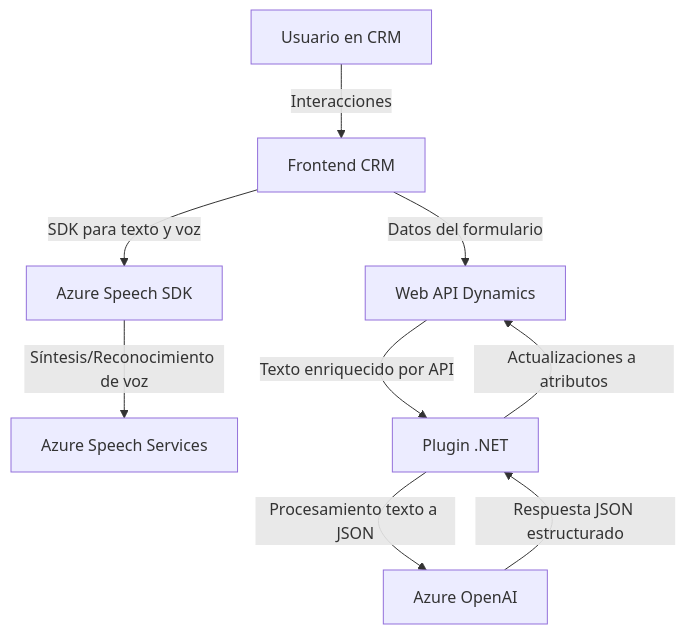
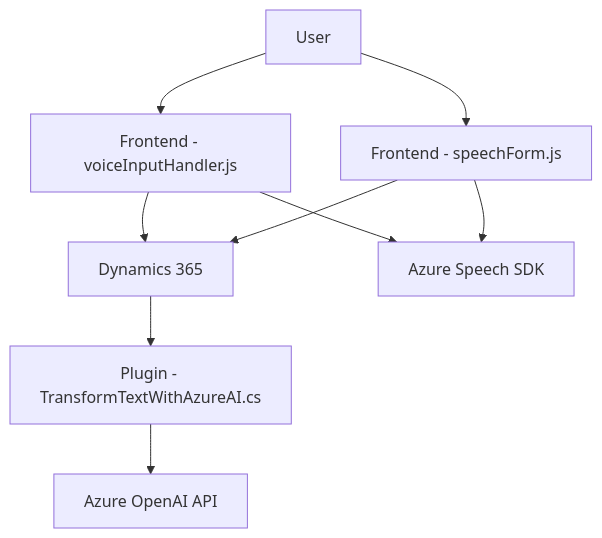
One commit to blopezdm/NETCORE_BILBAO2025 changed the diagram in README.md. Above: the diagram before and after it, drawn with Mermaid. The commit also changed other lines of this file, not shown here.

````diff
--- a/README.md
+++ b/README.md
@@ -45,11 +33,19 @@
 ```mermaid
 graph TD
-    A["Usuario en CRM"] -- Interacciones --> B["Frontend CRM"]
-    B -- "SDK para texto y voz" --> C["Azure Speech SDK"]
-    B -- "Datos del formulario" --> D["Web API Dynamics"]
-    C -- "Síntesis/Reconocimiento de voz" --> E["Azure Speech Services"]
-    D -- "Texto enriquecido por API" --> F["Plugin .NET"]
-    F -- "Procesamiento texto a JSON" --> G["Azure OpenAI"]
-    F -- "Actualizaciones a atributos" --> D
-    G -- "Respuesta JSON estructurado" --> F
+    A["Frontend - voiceInputHandler.js"]
+    B["Frontend - speechForm.js"]
+    C["Plugin - TransformTextWithAzureAI.cs"]
+    D["Dynamics 365"]
+    E["Azure Speech SDK"]
+    F["Azure OpenAI API"]
+    G["User"]
+
+    G --> A
+    G --> B
+    A --> E
+    A --> D
+    B --> E
+    B --> D
+    D --> C
+    C --> F
 ```
````
